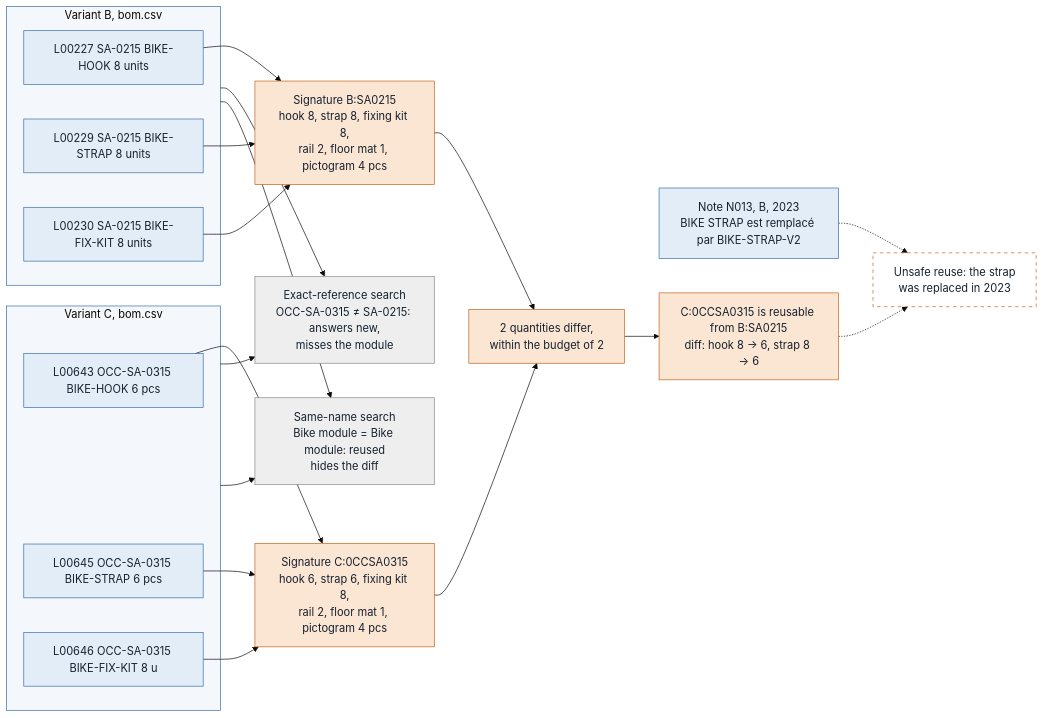
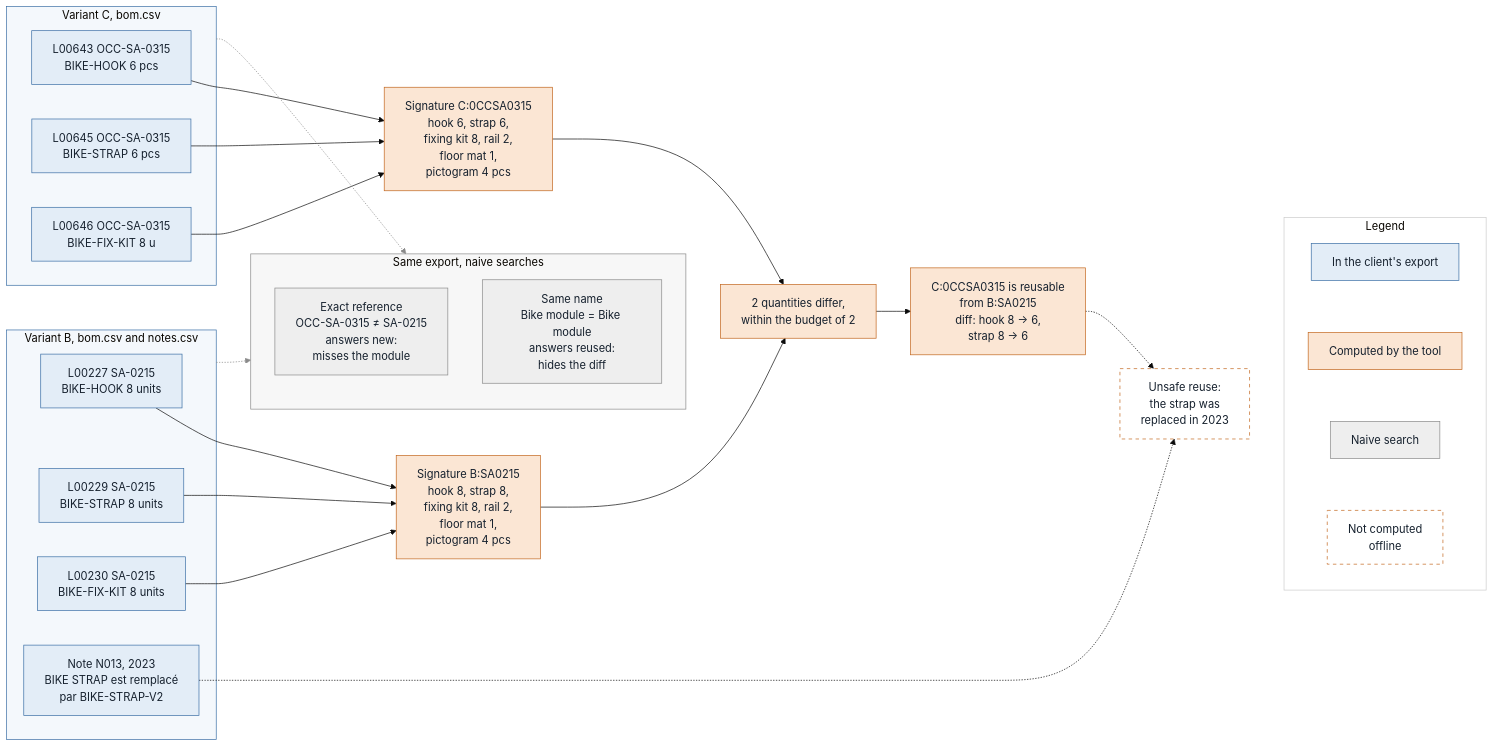
The second of 2 diagrams in README.md (BluegReeno/alstom-bom-reuse), drawn with Mermaid (base theme) before and after one commit. The commit also changed other lines of this file, not shown here.

Commit message:
docs: README — the entity model and the bike-module walkthrough as Mermaid diagrams
The walkthrough diagram gets a legend (export, computed, naive search,
not computed offline), the naive searches in their own block, the note
N013 inside variant B, and explicit line breaks so no label wraps
mid-phrase. Known limits names why N013's replacement is missed offline.

````diff
--- a/README.md
+++ b/README.md
@@ -96,43 +96,56 @@
 ```mermaid
 flowchart LR
-    subgraph B["Variant B, bom.csv"]
-        B1["L00227 SA-0215 BIKE-HOOK 8 units"]
-        B2["L00229 SA-0215 BIKE-STRAP 8 units"]
-        B3["L00230 SA-0215 BIKE-FIX-KIT 8 units"]
+    subgraph B["Variant B, bom.csv and notes.csv"]
+        B1["L00227 SA-0215<br/>BIKE-HOOK 8 units"]
+        B2["L00229 SA-0215<br/>BIKE-STRAP 8 units"]
+        B3["L00230 SA-0215<br/>BIKE-FIX-KIT 8 units"]
+        N13["Note N013, 2023<br/>BIKE STRAP est remplacé<br/>par BIKE-STRAP-V2"]
     end
     subgraph C["Variant C, bom.csv"]
-        C1["L00643 OCC-SA-0315 BIKE-HOOK 6 pcs"]
-        C2["L00645 OCC-SA-0315 BIKE-STRAP 6 pcs"]
-        C3["L00646 OCC-SA-0315 BIKE-FIX-KIT 8 u"]
+        C1["L00643 OCC-SA-0315<br/>BIKE-HOOK 6 pcs"]
+        C2["L00645 OCC-SA-0315<br/>BIKE-STRAP 6 pcs"]
+        C3["L00646 OCC-SA-0315<br/>BIKE-FIX-KIT 8 u"]
     end
-    N13["Note N013, B, 2023<br/>BIKE STRAP est remplacé par BIKE-STRAP-V2"]
 
-    SB["Signature B:SA0215<br/>hook 8, strap 8, fixing kit 8,<br/>rail 2, floor mat 1, pictogram 4 pcs"]
-    SC["Signature C:0CCSA0315<br/>hook 6, strap 6, fixing kit 8,<br/>rail 2, floor mat 1, pictogram 4 pcs"]
+    SB["Signature B:SA0215<br/>hook 8, strap 8,<br/>fixing kit 8, rail 2,<br/>floor mat 1,<br/>pictogram 4 pcs"]
+    SC["Signature C:0CCSA0315<br/>hook 6, strap 6,<br/>fixing kit 8, rail 2,<br/>floor mat 1,<br/>pictogram 4 pcs"]
     CMP["2 quantities differ,<br/>within the budget of 2"]
-    PR["C:0CCSA0315 is reusable from B:SA0215<br/>diff: hook 8 → 6, strap 8 → 6"]
-    X1["Exact-reference search<br/>OCC-SA-0315 ≠ SA-0215: answers new,<br/>misses the module"]
-    X2["Same-name search<br/>Bike module = Bike module: reused<br/>hides the diff"]
-    U["Unsafe reuse: the strap<br/>was replaced in 2023"]
+    PR["C:0CCSA0315 is reusable<br/>from B:SA0215<br/>diff: hook 8 → 6,<br/>strap 8 → 6"]
+    U["Unsafe reuse:<br/>the strap was<br/>replaced in 2023"]
+
+    subgraph NAIVE["Same export, naive searches"]
+        X1["Exact reference<br/>OCC-SA-0315 ≠ SA-0215<br/>answers new:<br/>misses the module"]
+        X2["Same name<br/>Bike module = Bike module<br/>answers reused:<br/>hides the diff"]
+    end
+
+    subgraph LEGEND["Legend"]
+        K1["In the client's export"]
+        K2["Computed by the tool"]
+        K3["Naive search"]
+        K4["Not computed<br/>offline"]
+    end
 
     B1 & B2 & B3 --> SB
     C1 & C2 & C3 --> SC
     SB & SC --> CMP --> PR
-    B --> X1
-    C --> X1
-    B --> X2
-    C --> X2
     N13 -.-> U
     PR -.-> U
+    B -.-> NAIVE
+    C -.-> NAIVE
+    K1 ~~~ K2 ~~~ K3 ~~~ K4
+    U ~~~ LEGEND
 
     classDef client fill:#E3EDF7,stroke:#3A6EA5,color:#16212E
     classDef computed fill:#FBE6D4,stroke:#C2661E,color:#16212E
     classDef naive fill:#EEEEEE,stroke:#8A8A8A,color:#16212E
     classDef pending fill:#FFFFFF,stroke:#C2661E,stroke-dasharray:5 5,color:#16212E
-    class B1,B2,B3,C1,C2,C3,N13 client
-    class SB,SC,CMP,PR computed
-    class X1,X2 naive
-    class U pending
+    class B1,B2,B3,C1,C2,C3,N13,K1 client
+    class SB,SC,CMP,PR,K2 computed
+    class X1,X2,K3 naive
+    class U,K4 pending
     style B fill:#F4F8FC,stroke:#3A6EA5
     style C fill:#F4F8FC,stroke:#3A6EA5
+    style NAIVE fill:#F7F7F7,stroke:#8A8A8A
+    style LEGEND fill:#FFFFFF,stroke:#CCCCCC
+    linkStyle 11,12 stroke:#8A8A8A
 ```
````
